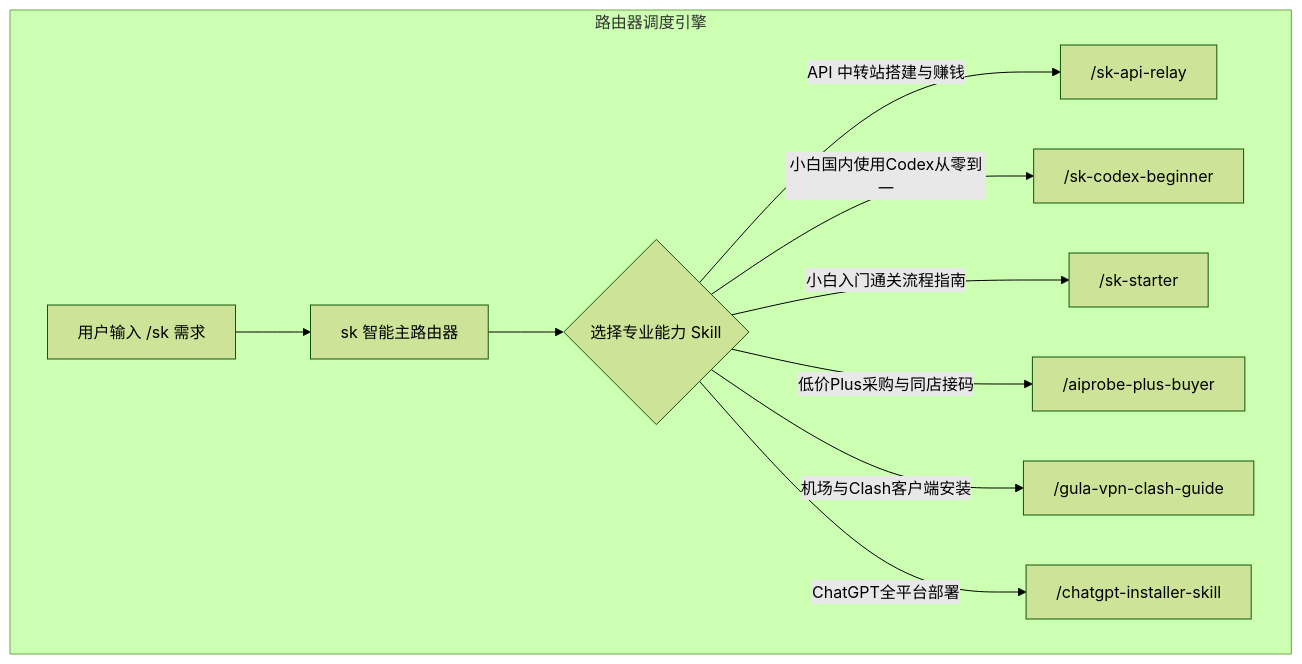
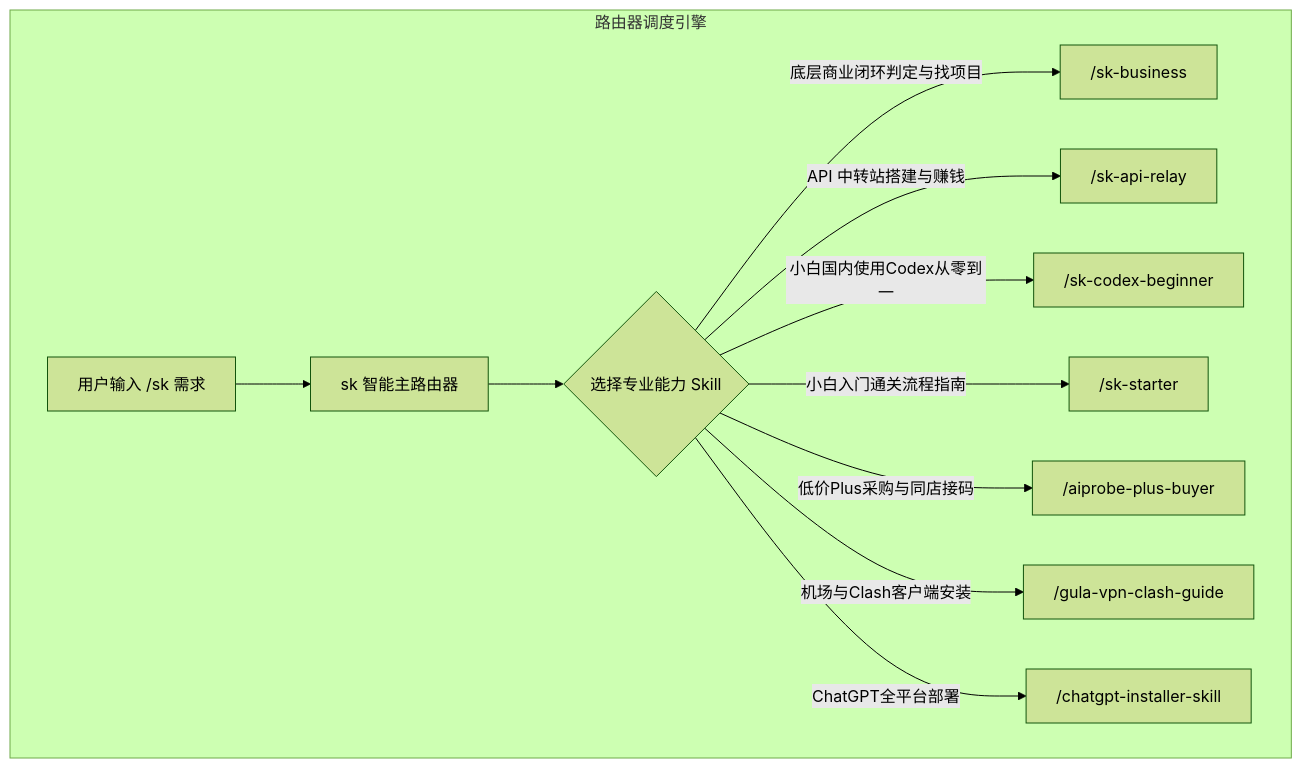
One commit to ss22219/skilldb changed the diagram in README.md. Above: the diagram before and after it, drawn with Mermaid (forest theme). The commit also changed other lines of this file and 6 other files, not shown here.

````diff
--- a/README.md
+++ b/README.md
@@ -38,13 +38,14 @@
 ```mermaid
 flowchart TD
     subgraph router ["路由器调度引擎"]
         A[用户输入 /sk 需求] --> B[sk 智能主路由器]
         B --> C{选择专业能力 Skill}
-        C -->|API 中转站搭建与赚钱| D["/sk-api-relay"]
-        C -->|小白国内使用Codex从零到一| E["/sk-codex-beginner"]
-        C -->|小白入门通关流程指南| F["/sk-starter"]
-        C -->|低价Plus采购与同店接码| G["/aiprobe-plus-buyer"]
-        C -->|机场与Clash客户端安装| H["/gula-vpn-clash-guide"]
-        C -->|ChatGPT全平台部署| I["/chatgpt-installer-skill"]
+        C -->|底层商业闭环判定与找项目| D["/sk-business"]
+        C -->|API 中转站搭建与赚钱| E["/sk-api-relay"]
+        C -->|小白国内使用Codex从零到一| F["/sk-codex-beginner"]
+        C -->|小白入门通关流程指南| G["/sk-starter"]
+        C -->|低价Plus采购与同店接码| H["/aiprobe-plus-buyer"]
+        C -->|机场与Clash客户端安装| I["/gula-vpn-clash-guide"]
+        C -->|ChatGPT全平台部署| J["/chatgpt-installer-skill"]
     end
 ```
````
